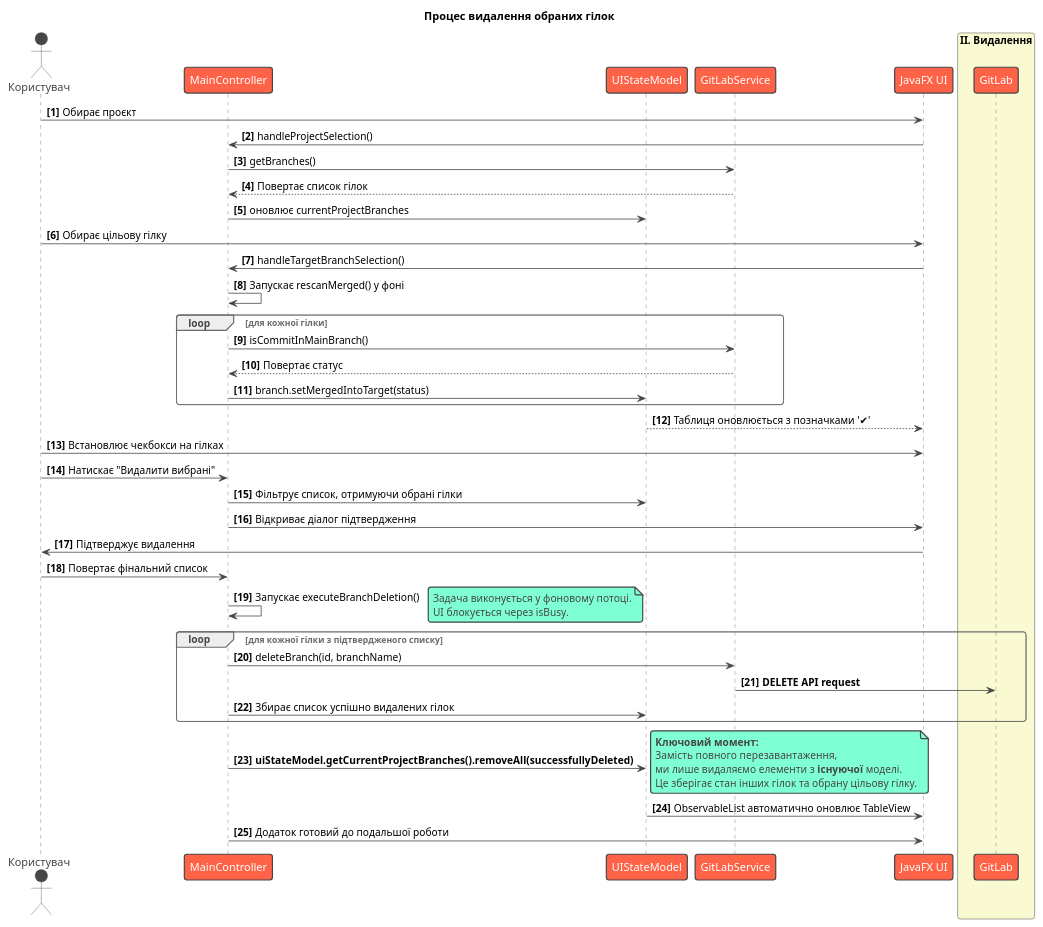
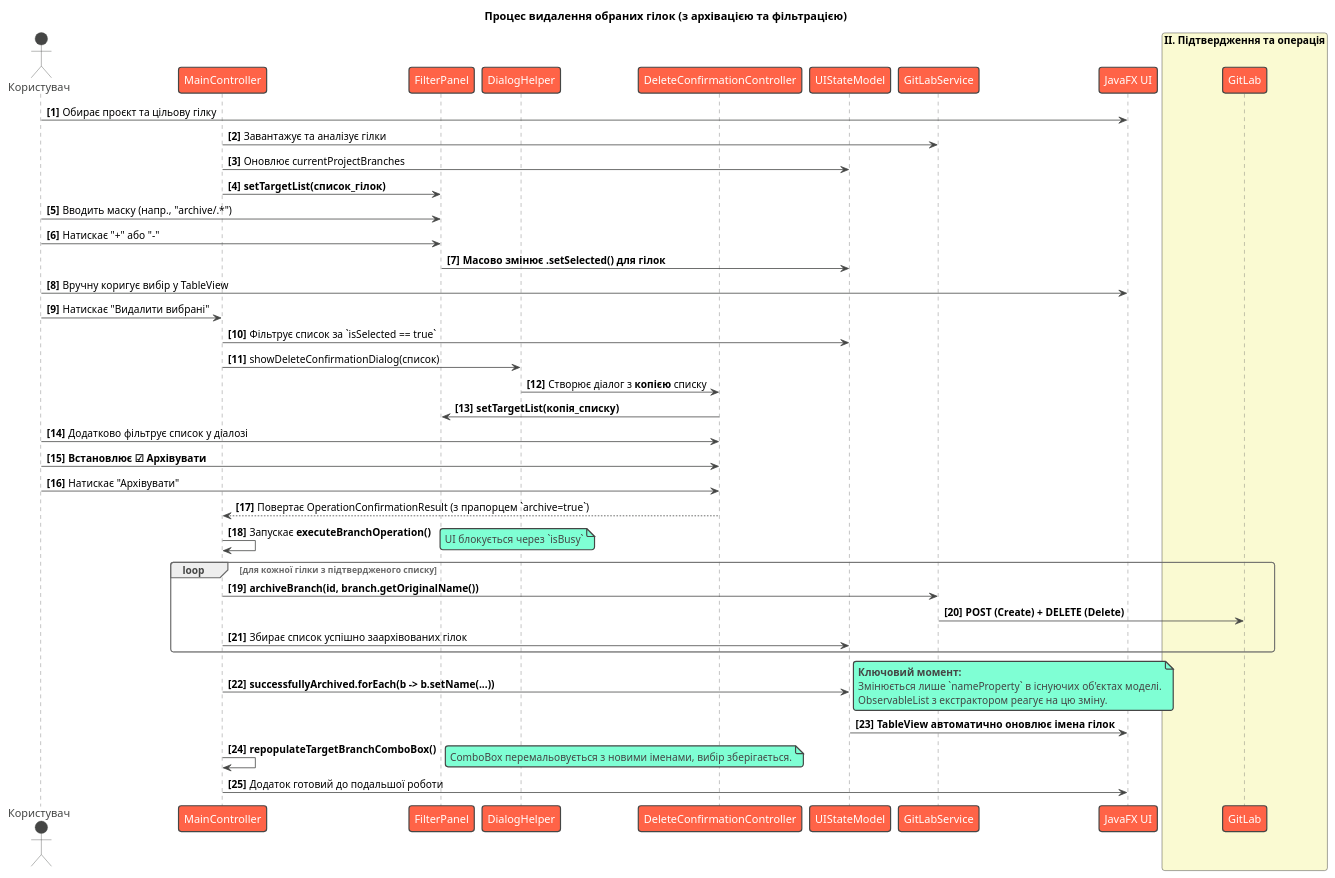
One commit to pashkazp/gitlaberfx changed the diagram in src/main/docs/delete_selected.puml. Above: the diagram before and after it, drawn with PlantUML. The commit also changed 10 other files, not shown here.

Commit message:
Remove technical spec for GitLab Branch Manager and update branch operation diagrams to include archiving functionality. Update README and documentation with support for branch archiving and filtering by regex.

```diff
--- a/src/main/docs/delete_selected.puml
+++ b/src/main/docs/delete_selected.puml
@@ -1,65 +1,64 @@
 @startuml
 !theme vibrant
-title Процес видалення обраних гілок
+title Процес видалення обраних гілок (з архівацією та фільтрацією)
 
 actor Користувач as User
 participant "MainController" as Controller
+participant "FilterPanel" as Filter
+participant "DialogHelper" as Helper
+participant "DeleteConfirmationController" as Dialog
 participant "UIStateModel" as Model
 participant "GitLabService" as Service
 participant "JavaFX UI" as UI
 
 autonumber "<b>[0]"
 
-box "I. Підготовка" #LightCyan
-    User -> UI: Обирає проєкт
-    UI -> Controller: handleProjectSelection()
-    Controller -> Service: getBranches()
-    Service --> Controller: Повертає список гілок
-    Controller -> Model: оновлює currentProjectBranches
+box "I. Підготовка та вибір" #LightCyan
+    User -> UI: Обирає проєкт та цільову гілку
+    Controller -> Service: Завантажує та аналізує гілки
+    Controller -> Model: Оновлює currentProjectBranches
+    Controller -> Filter: **setTargetList(список_гілок)**
 
-    User -> UI: Обирає цільову гілку
-    UI -> Controller: handleTargetBranchSelection()
-    Controller -> Controller: Запускає rescanMerged() у фоні
-    loop для кожної гілки
-        Controller -> Service: isCommitInMainBranch()
-        Service --> Controller: Повертає статус
-        Controller -> Model: branch.setMergedIntoTarget(status)
-    end
-    UI <-- Model: Таблиця оновлюється з позначками '✔'
+    User -> Filter: Вводить маску (напр., "archive/.*")
+    User -> Filter: Натискає "+" або "-"
+    Filter -> Model: **Масово змінює .setSelected() для гілок**
+    User -> UI: Вручну коригує вибір у TableView
 end box
 
-box "II. Видалення" #LightGoldenRodYellow
-    User -> UI: Встановлює чекбокси на гілках
+box "II. Підтвердження та операція" #LightGoldenRodYellow
     User -> Controller: Натискає "Видалити вибрані"
-    Controller -> Model: Фільтрує список, отримуючи обрані гілки
-    Controller -> UI: Відкриває діалог підтвердження
-    UI -> User: Підтверджує видалення
-    User -> Controller: Повертає фінальний список
+    Controller -> Model: Фільтрує список за `isSelected == true`
+    Controller -> Helper: showDeleteConfirmationDialog(список)
+    Helper -> Dialog: Створює діалог з **копією** списку
+    Dialog -> Filter: **setTargetList(копія_списку)**
 
-    Controller -> Controller: Запускає executeBranchDeletion()
-    note right
-        Задача виконується у фоновому потоці.
-        UI блокується через isBusy.
-    end note
+    User -> Dialog: Додатково фільтрує список у діалозі
+    User -> Dialog: **Встановлює ☑ Архівувати**
+    User -> Dialog: Натискає "Архівувати"
+    Dialog --> Controller: Повертає OperationConfirmationResult (з прапорцем `archive=true`)
 
+    Controller -> Controller: Запускає **executeBranchOperation()**
+    note right: UI блокується через `isBusy`
     loop для кожної гілки з підтвердженого списку
-        Controller -> Service: deleteBranch(id, branchName)
-        Service -> GitLab: **DELETE API request**
-        Controller -> Model: Збирає список успішно видалених гілок
+        Controller -> Service: **archiveBranch(id, branch.getOriginalName())**
+        Service -> GitLab: **POST (Create) + DELETE (Delete)**
+        Controller -> Model: Збирає список успішно заархівованих гілок
     end
 end box
 
 box "III. Елегантне оновлення UI" #LightGreen
-    Controller -> Model: **uiStateModel.getCurrentProjectBranches().removeAll(successfullyDeleted)**
+    Controller -> Model: **successfullyArchived.forEach(b -> b.setName(...))**
     note right
         **Ключовий момент:**
-        Замість повного перезавантаження,
-        ми лише видаляємо елементи з **існуючої** моделі.
-        Це зберігає стан інших гілок та обрану цільову гілку.
+        Змінюється лише `nameProperty` в існуючих об'єктах моделі.
+        ObservableList з екстрактором реагує на цю зміну.
     end note
 
-    Model -> UI: ObservableList автоматично оновлює TableView
+    Model -> UI: **TableView автоматично оновлює імена гілок**
+    Controller -> Controller: **repopulateTargetBranchComboBox()**
+    note right: ComboBox перемальовується з новими іменами, вибір зберігається.
+
     Controller -> UI: Додаток готовий до подальшої роботи
 end box
 
 @enduml
```
